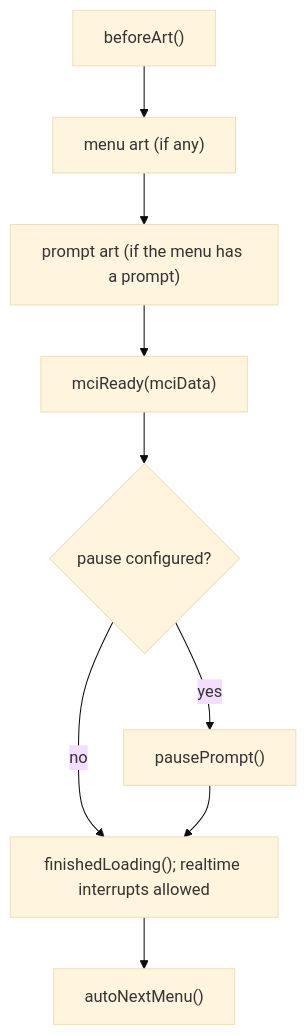
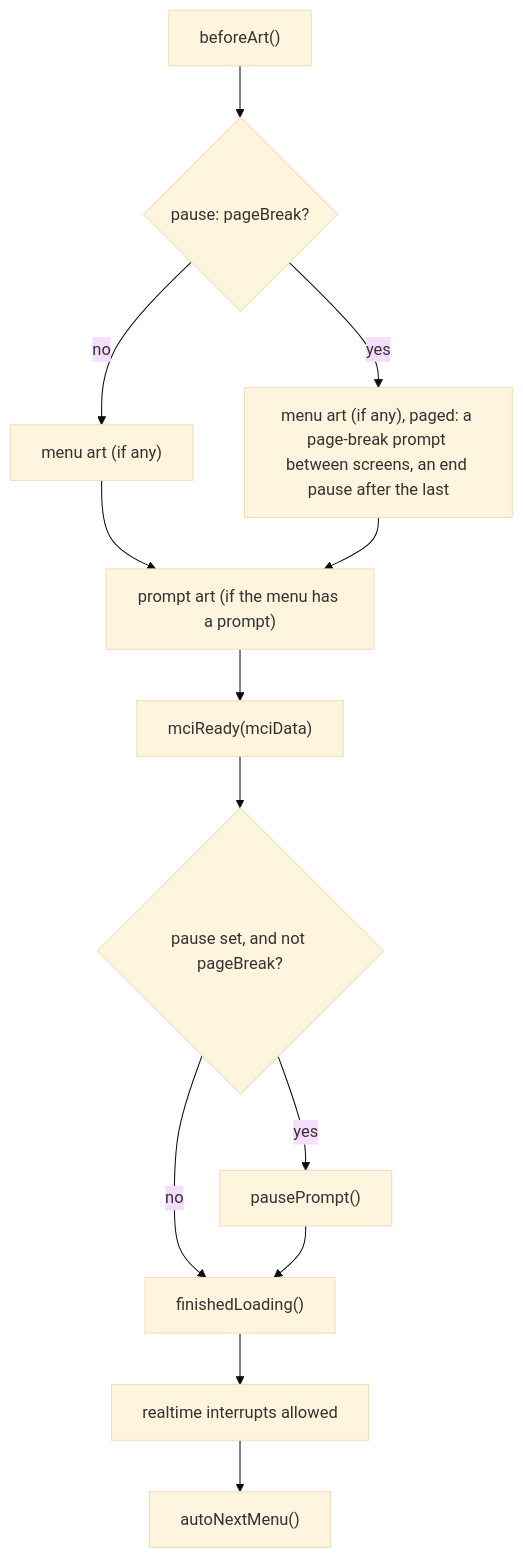
Before and after one commit to NuSkooler/enigma-bbs: the second of 3 diagrams in website/src/content/docs/modding/menu-modules.md, drawn with Mermaid (base theme). The commit also changed other lines of this file, not shown here.

Commit message:
docs(modding): initSequence diagram covers pageBreak; interruptible is set by initSequence, not finishedLoading()

````diff
--- a/website/src/content/docs/modding/menu-modules.md
+++ b/website/src/content/docs/modding/menu-modules.md
@@ -145,11 +145,15 @@
 ```mermaid
 flowchart TD
-    before["beforeArt()"] --> art["menu art (if any)"]
+    before["beforeArt()"] --> mode{"pause: pageBreak?"}
+    mode -- no --> art["menu art (if any)"]
+    mode -- yes --> paged["menu art (if any), paged: a page-break prompt between screens, an end pause after the last"]
     art --> prompt["prompt art (if the menu has a prompt)"]
+    paged --> prompt
     prompt --> mci["mciReady(mciData)"]
-    mci --> pause{"pause configured?"}
+    mci --> pause{"pause set, and not pageBreak?"}
     pause -- yes --> pp["pausePrompt()"]
     pause -- no --> fin
-    pp --> fin["finishedLoading(); realtime interrupts allowed"]
-    fin --> next["autoNextMenu()"]
+    pp --> fin["finishedLoading()"]
+    fin --> allow["realtime interrupts allowed"]
+    allow --> next["autoNextMenu()"]
 ```
````
